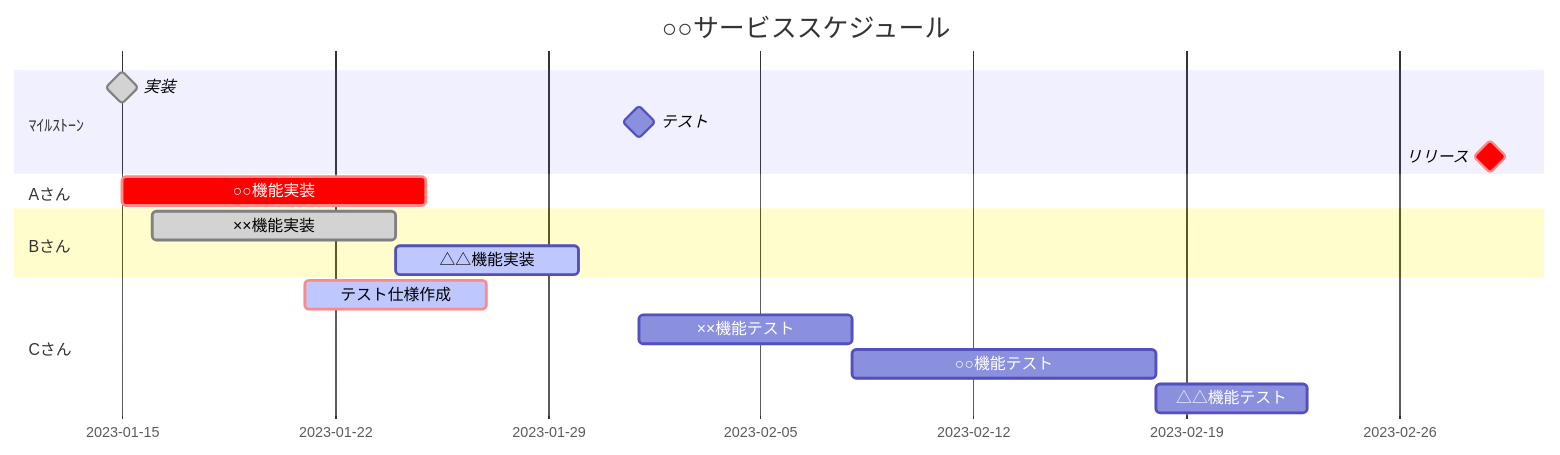
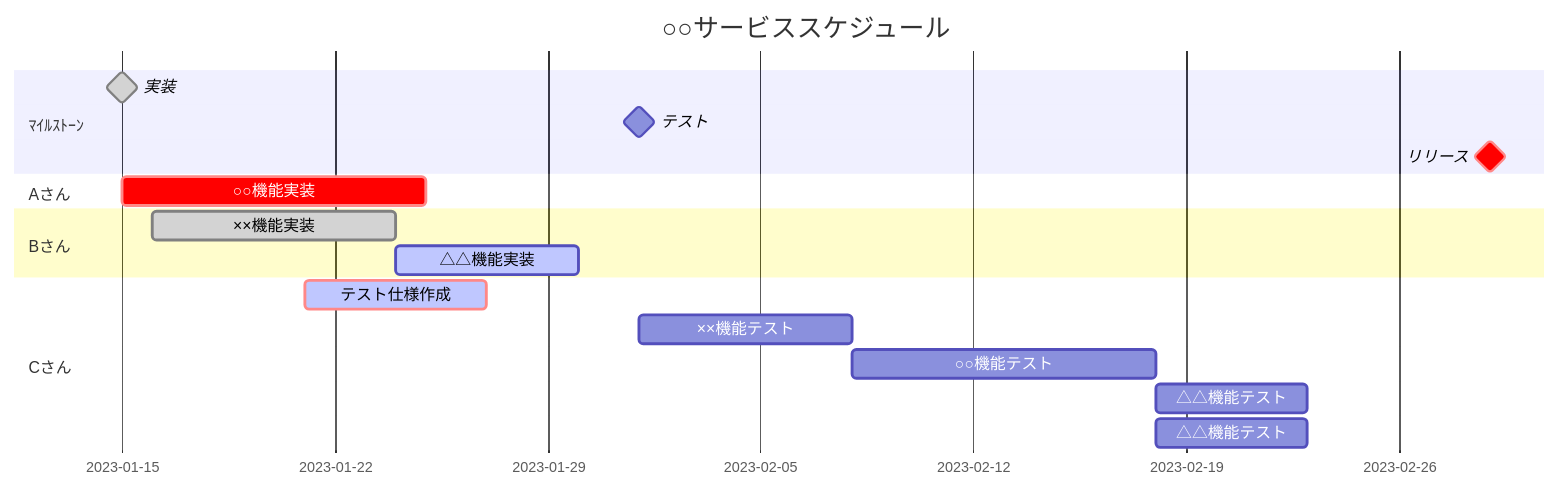
Before and after one commit to miyajuggler/ivy-lee-method-app: the diagram in docs/design.md, drawn with Mermaid.

Commit message:
[UPDATE] design

````diff
--- a/docs/design.md
+++ b/docs/design.md
@@ -1,20 +1,21 @@
 ```mermaid
 gantt
     title ○○サービススケジュール
     dateFormat  YYYY-MM-DD
 
     section ﾏｲﾙｽﾄｰﾝ
         実装            : done, milestone, 2023-01-15, 0d
         テスト          : milestone, 2023-02-01, 0d
         リリース        : crit, milestone, 2023-03-01, 0d
     section Aさん
         ○○機能実装    : crit, 2023-01-15, 10d
     section Bさん
         ××機能実装    : done, b1, 2023-01-16, 8d
         △△機能実装    : active, b2, after b1, 6d
     section Cさん
         テスト仕様作成  : crit, active, c1, 2023-01-21, 6d
         ××機能テスト  : c2, 2023-02-01, 7d
         ○○機能テスト  : c3, after c2, 10d
         △△機能テスト  : c4, after c3, 5d
+        △△機能テスト  : c4, after c3, 5d
 ```
````
